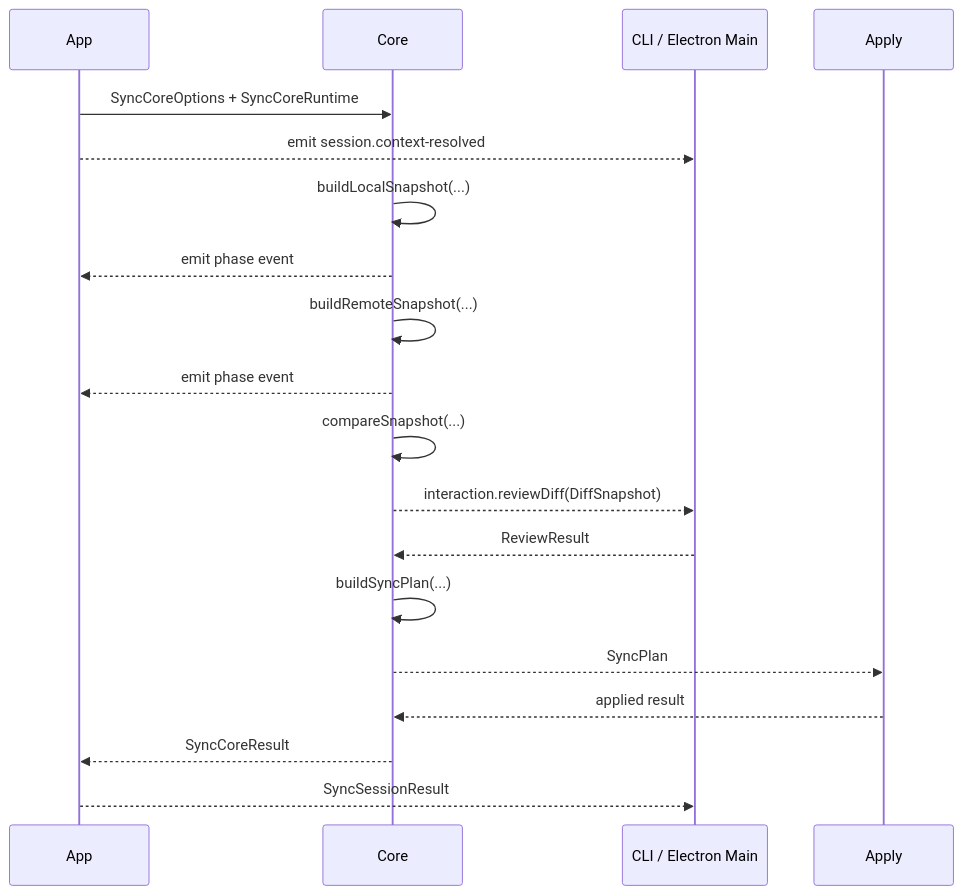
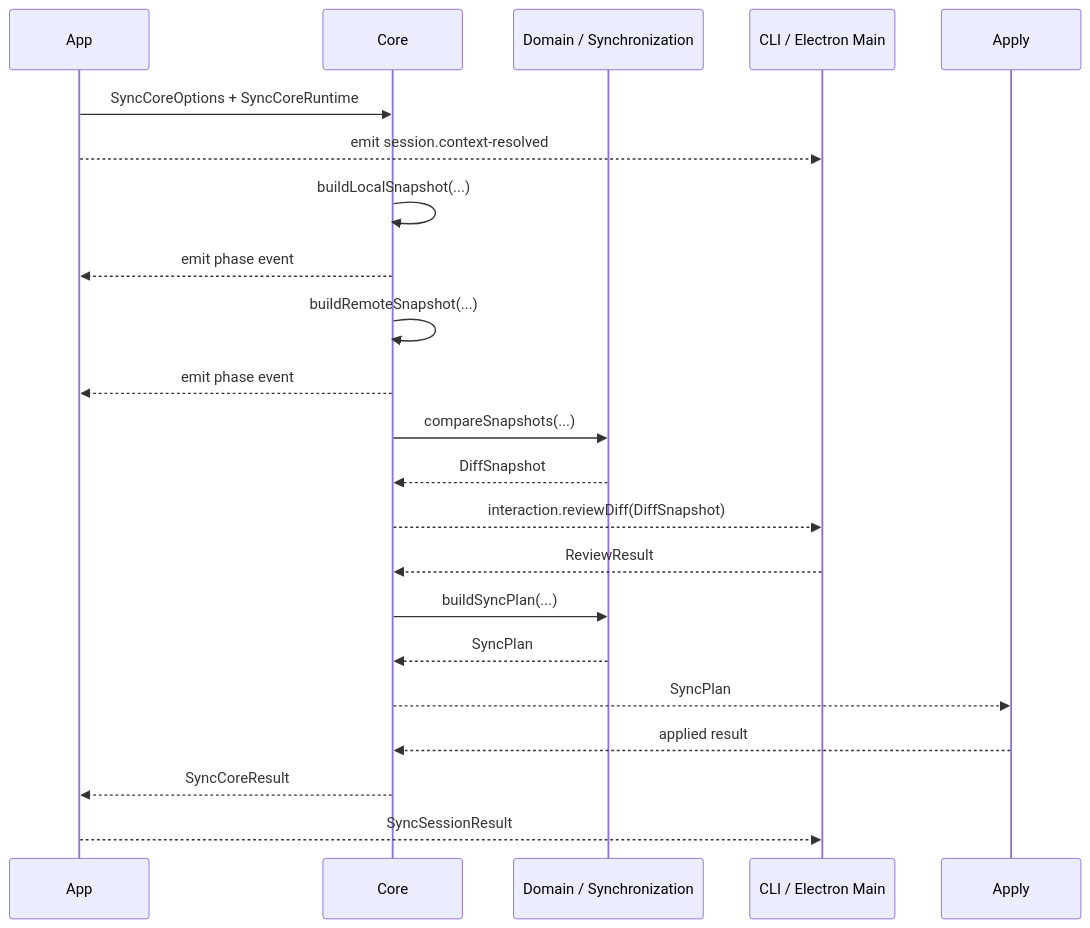
One commit to agalloch21/sync-with-rclone changed the fourth of 4 diagrams in docs/Architecture.md. Above: the diagram before and after it, drawn with Mermaid. The commit also changed other lines of this file and 12 other files, not shown here.

Commit message:
4A: pure synchronization rules now live under domain/synchronization

````diff
--- a/docs/Architecture.md
+++ b/docs/Architecture.md
@@ -755,22 +762,25 @@
 ```mermaid
 sequenceDiagram
   participant APP as App
   participant CORE as Core
+  participant DOMAIN as Domain / Synchronization
   participant SHELL as CLI / Electron Main
   participant APPLY as Apply
 
   APP->>CORE: SyncCoreOptions + SyncCoreRuntime
   APP-->>SHELL: emit session.context-resolved
   CORE->>CORE: buildLocalSnapshot(...)
   CORE-->>APP: emit phase event
   CORE->>CORE: buildRemoteSnapshot(...)
   CORE-->>APP: emit phase event
-  CORE->>CORE: compareSnapshot(...)
+  CORE->>DOMAIN: compareSnapshots(...)
+  DOMAIN-->>CORE: DiffSnapshot
   CORE-->>SHELL: interaction.reviewDiff(DiffSnapshot)
   SHELL-->>CORE: ReviewResult
-  CORE->>CORE: buildSyncPlan(...)
+  CORE->>DOMAIN: buildSyncPlan(...)
+  DOMAIN-->>CORE: SyncPlan
   CORE-->>APPLY: SyncPlan
   APPLY-->>CORE: applied result
   CORE-->>APP: SyncCoreResult
   APP-->>SHELL: SyncSessionResult
 ```
````
